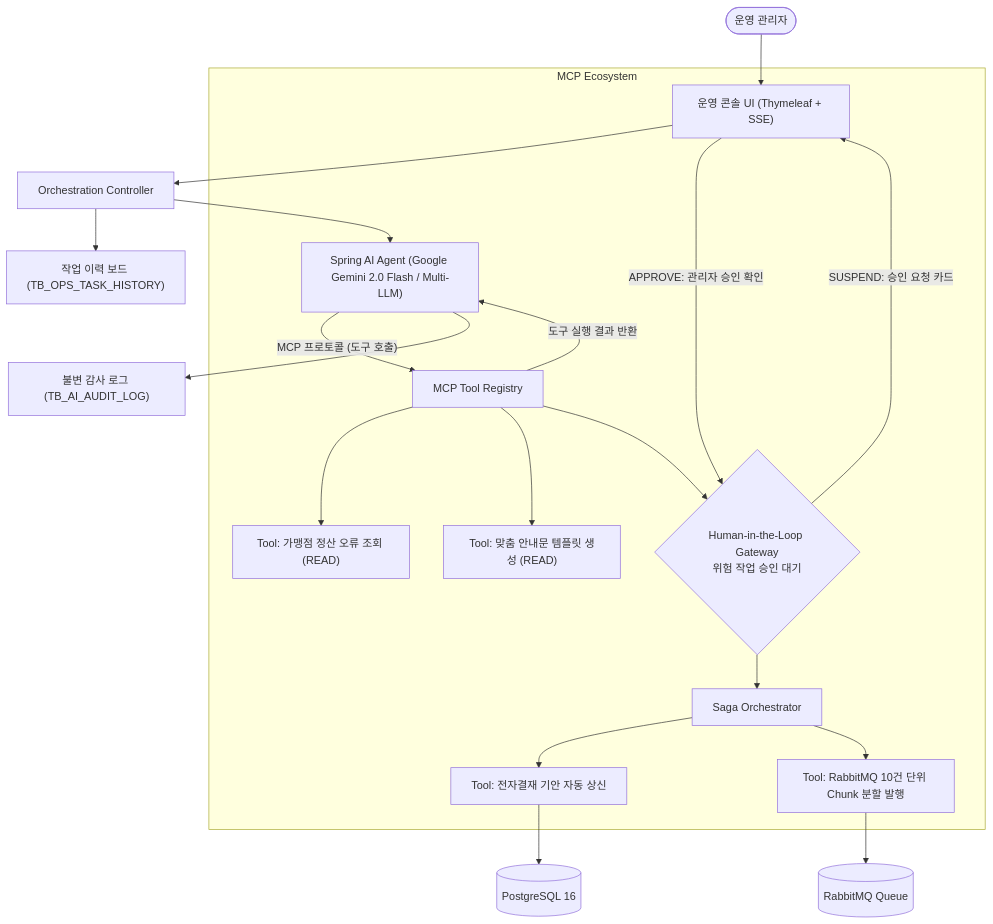
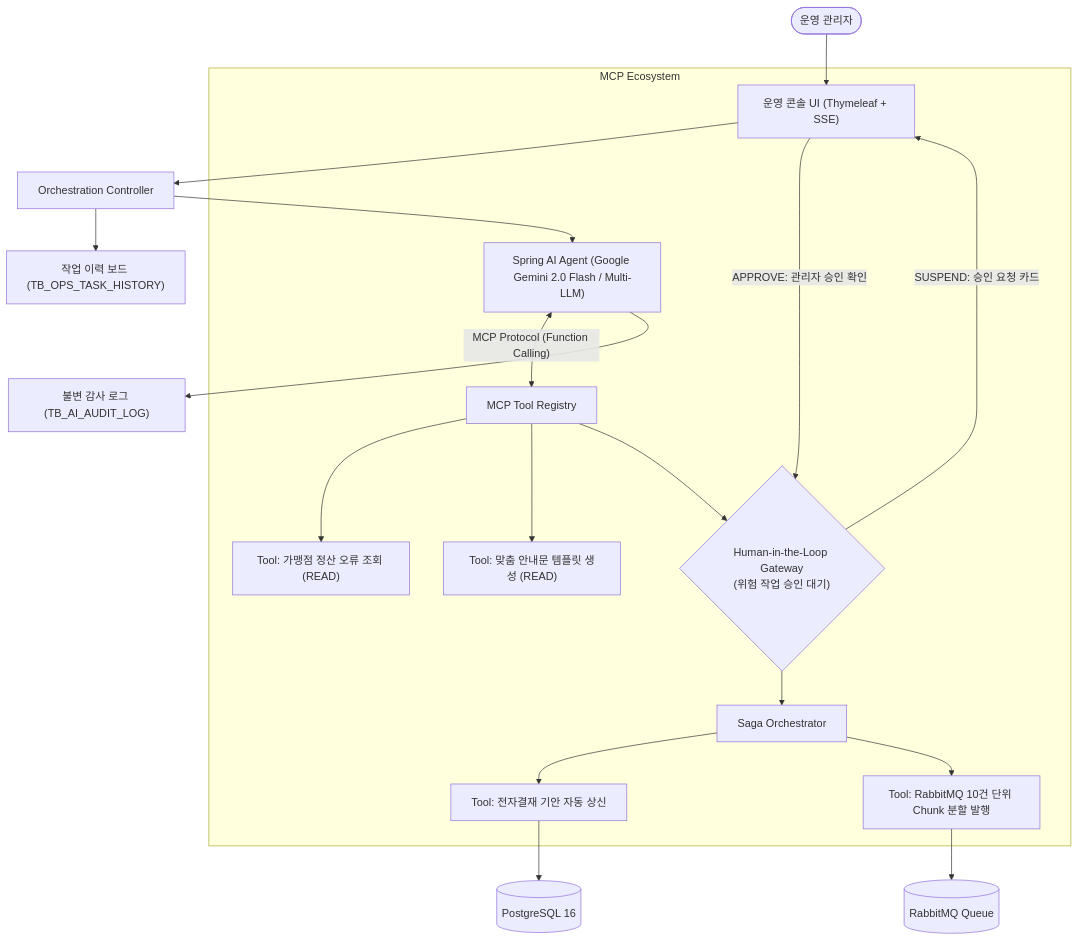
One commit to glaive66/-portfolio changed the diagram in README.md. Above: the diagram before and after it, drawn with Mermaid. The commit also changed other lines of this file and 2 other files, not shown here.

````diff
--- a/README.md
+++ b/README.md
@@ -23,24 +23,23 @@
 ```mermaid
 flowchart TD
     User(["운영 관리자"]) --> UI["운영 콘솔 UI (Thymeleaf + SSE)"]
     UI --> Controller["Orchestration Controller"]
     Controller --> Agent["Spring AI Agent (Google Gemini 2.0 Flash / Multi-LLM)"]
     
     subgraph MCP Ecosystem
-        Agent -->|"MCP 프로토콜 (도구 호출)"| MCP_Registry["MCP Tool Registry"]
-        MCP_Registry -->|"도구 실행 결과 반환"| Agent
+        Agent <-->|"MCP Protocol (Function Calling)"| MCP_Registry["MCP Tool Registry"]
         MCP_Registry --> T1["Tool: 가맹점 정산 오류 조회 (READ)"]
         MCP_Registry --> T2["Tool: 맞춤 안내문 템플릿 생성 (READ)"]
-        MCP_Registry --> Gate{"Human-in-the-Loop Gateway<br/>위험 작업 승인 대기"}
-        Gate -->|"SUSPEND: 승인 요청 카드"| UI
-        UI -->|"APPROVE: 관리자 승인 확인"| Gate
+        MCP_Registry --> Gate{"Human-in-the-Loop Gateway<br/>(위험 작업 승인 대기)"}
+        Gate -->|SUSPEND: 승인 요청 카드| UI
+        UI -->|APPROVE: 관리자 승인 확인| Gate
         Gate --> Saga["Saga Orchestrator"]
         Saga --> T3["Tool: 전자결재 기안 자동 상신"]
         Saga --> T4["Tool: RabbitMQ 10건 단위 Chunk 분할 발행"]
     end
 
     T3 --> DB[("PostgreSQL 16")]
     T4 --> RabbitMQ[("RabbitMQ Queue")]
     Agent --> Audit["불변 감사 로그 (TB_AI_AUDIT_LOG)"]
     Controller --> History["작업 이력 보드 (TB_OPS_TASK_HISTORY)"]
 ```
````
